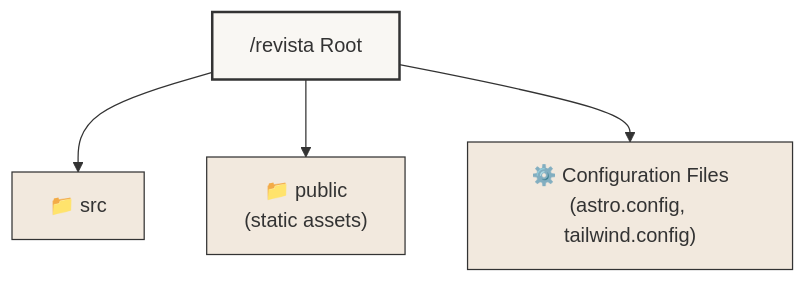
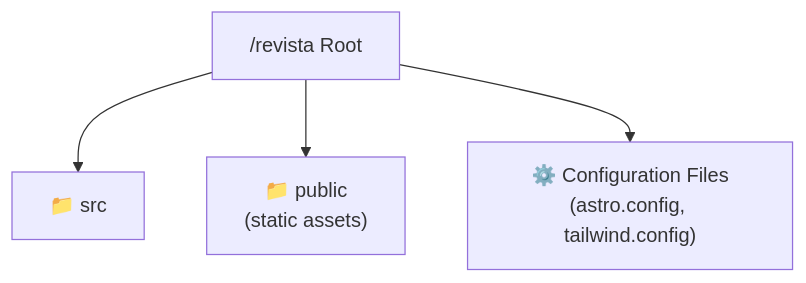
Before and after one commit to erfianugrah/revista-3: the first of 9 diagrams in README.md, drawn with Mermaid. The commit also changed other lines of this file and 4 other files, not shown here.

First line of the commit message:
chore: clean up docs — remove PLAN.md, merge Docker README, fix mermaid contrast

````diff
--- a/README.md
+++ b/README.md
@@ -46,12 +46,6 @@
 ```mermaid
 graph TD
-    classDef root fill:#f9f7f3,stroke:#333,stroke-width:2px
-    classDef mainDir fill:#f2e9de,stroke:#333,stroke-width:1px
-
     A["/revista" Root] --> B["📁 src"]
     A --> C["📁 public<br>(static assets)"]
     A --> D["⚙️ Configuration Files<br>(astro.config, tailwind.config)"]
-
-    class A root
-    class B,C,D mainDir
 ```
````
